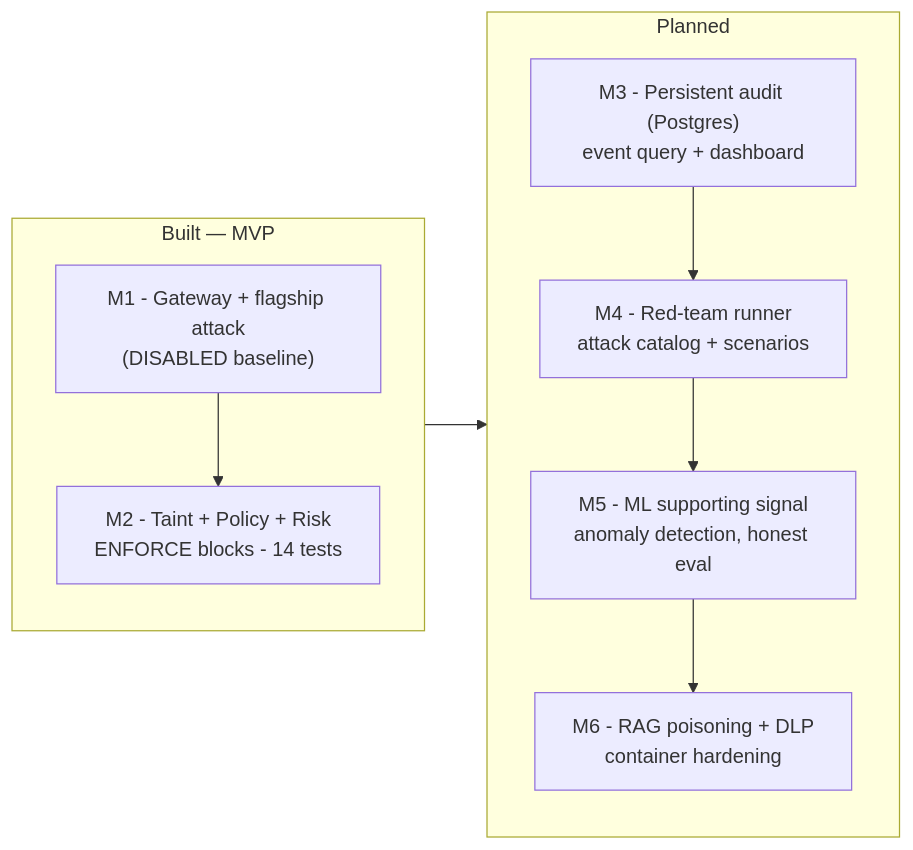
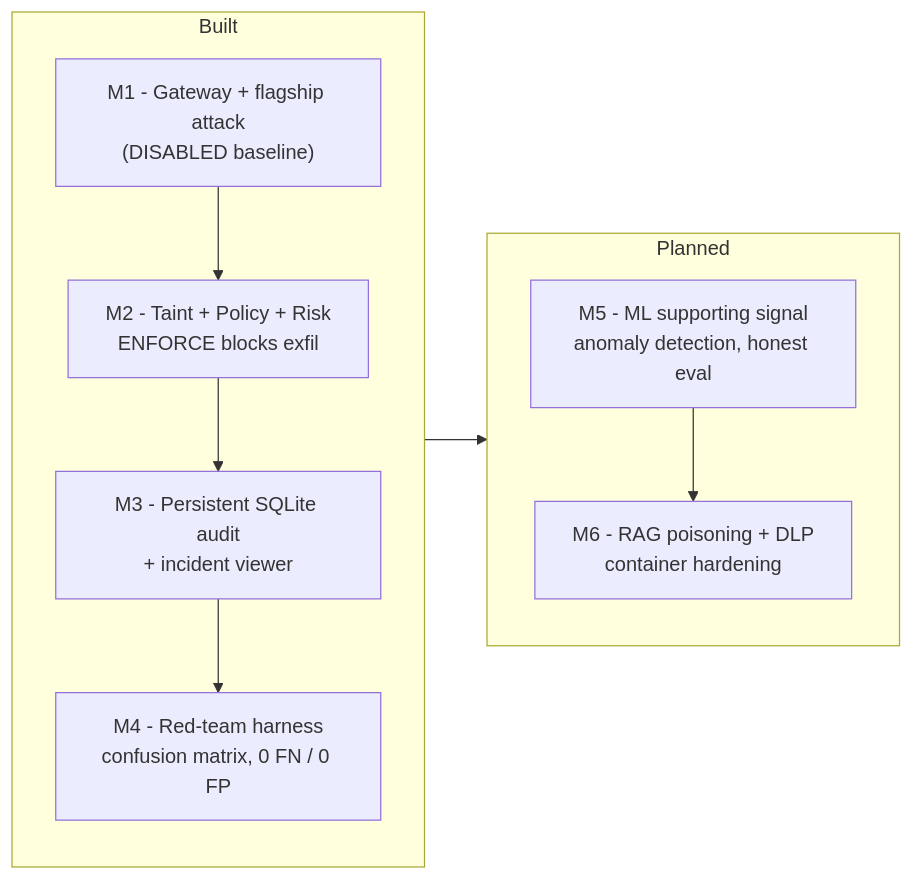
Before and after one commit to Upadhyay123a/sentinelai: the third of 3 diagrams in docs/architecture.md, drawn with Mermaid. The commit also changed other lines of this file and 2 other files, not shown here.

Commit message:
docs: mark M3/M4 built; add red-team results doc

````diff
--- a/docs/architecture.md
+++ b/docs/architecture.md
@@ -115,18 +120,18 @@
 ```mermaid
 flowchart LR
-    subgraph DONE["Built — MVP"]
+    subgraph DONE["Built"]
         direction TB
         M1["M1 - Gateway + flagship attack<br/>(DISABLED baseline)"]
-        M2["M2 - Taint + Policy + Risk<br/>ENFORCE blocks - 14 tests"]
-        M1 --> M2
+        M2["M2 - Taint + Policy + Risk<br/>ENFORCE blocks exfil"]
+        M3["M3 - Persistent SQLite audit<br/>+ incident viewer"]
+        M4["M4 - Red-team harness<br/>confusion matrix, 0 FN / 0 FP"]
+        M1 --> M2 --> M3 --> M4
     end
     subgraph NEXT["Planned"]
         direction TB
-        M3["M3 - Persistent audit (Postgres)<br/>event query + dashboard"]
-        M4["M4 - Red-team runner<br/>attack catalog + scenarios"]
         M5["M5 - ML supporting signal<br/>anomaly detection, honest eval"]
         M6["M6 - RAG poisoning + DLP<br/>container hardening"]
-        M3 --> M4 --> M5 --> M6
+        M5 --> M6
     end
-    M2 --> M3
+    M4 --> M5
 ```
````
